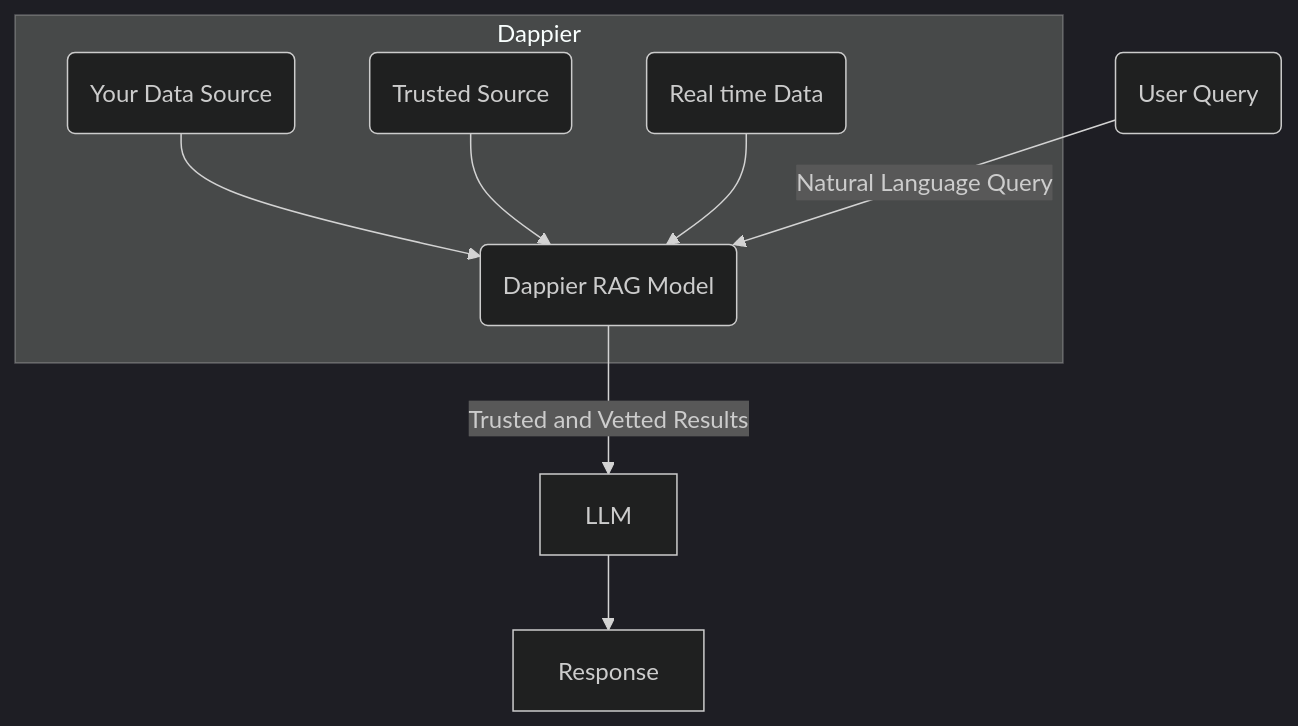
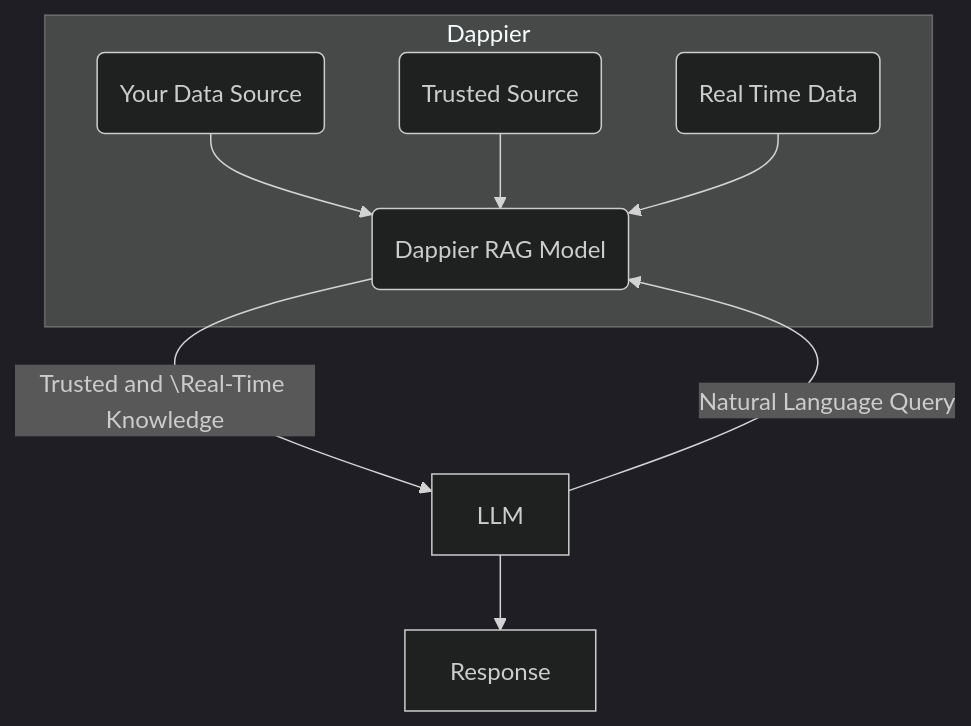
The diagram in rag-marketplace.mdx (DappierAI/mintlify-docs), drawn with Mermaid (dark theme) before and after one commit. The commit also changed other lines of this file and 10 other files, not shown here.

````diff
--- a/rag-marketplace.mdx
+++ b/rag-marketplace.mdx
@@ -21,11 +21,11 @@
 ```mermaid
 flowchart TB
     subgraph Dappier
         A2(Your Data Source) --> A5(Dappier RAG Model)
         A3(Trusted Source) --> A5
-        A4(Real time Data) --> A5
+        A4(Real Time Data) --> A5
     end
-    A1(User Query) -- Natural Language Query --> A5(Dappier RAG Model)
-    A5 -- Trusted and Vetted Results --> LLM
+    A5 -- Trusted and \Real-Time Knowledge --> LLM
+    LLM -- Natural Language Query --> A5
     LLM --> Response[Response]
 ```
````
